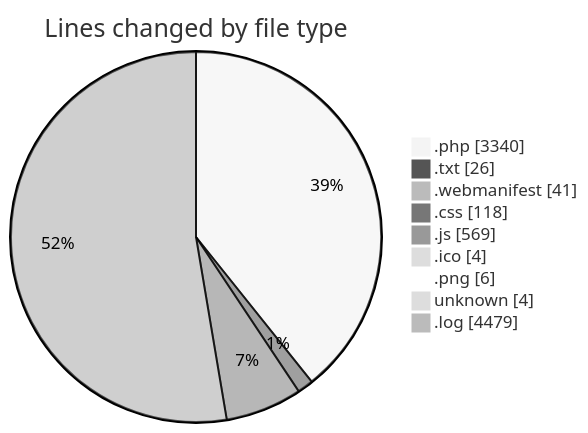
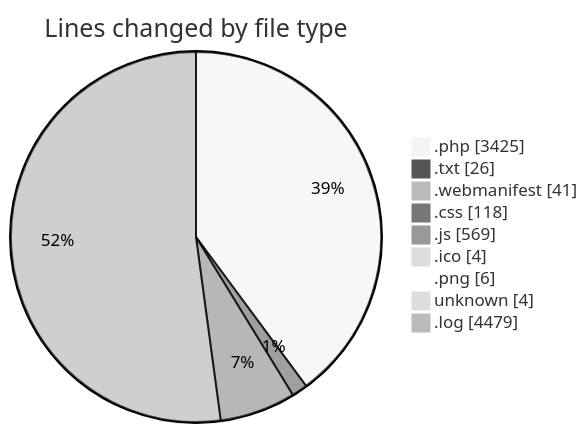
The first of 2 diagrams in 2025-08-20/quytuthien_vn/README.md (lephambinh05/code-tracking), drawn with Mermaid (neutral theme) before and after one commit. The commit also changed other lines of this file and 1 other file, not shown here.

````diff
--- a/2025-08-20/quytuthien_vn/README.md
+++ b/2025-08-20/quytuthien_vn/README.md
@@ -96,13 +97,13 @@
 ```mermaid
 pie showData
 title Lines changed by file type
-".php" : 3340
+".php" : 3425
 ".txt" : 26
 ".webmanifest" : 41
 ".css" : 118
 ".js" : 569
 ".ico" : 4
 ".png" : 6
 "unknown" : 4
 ".log" : 4479
 ```
````
